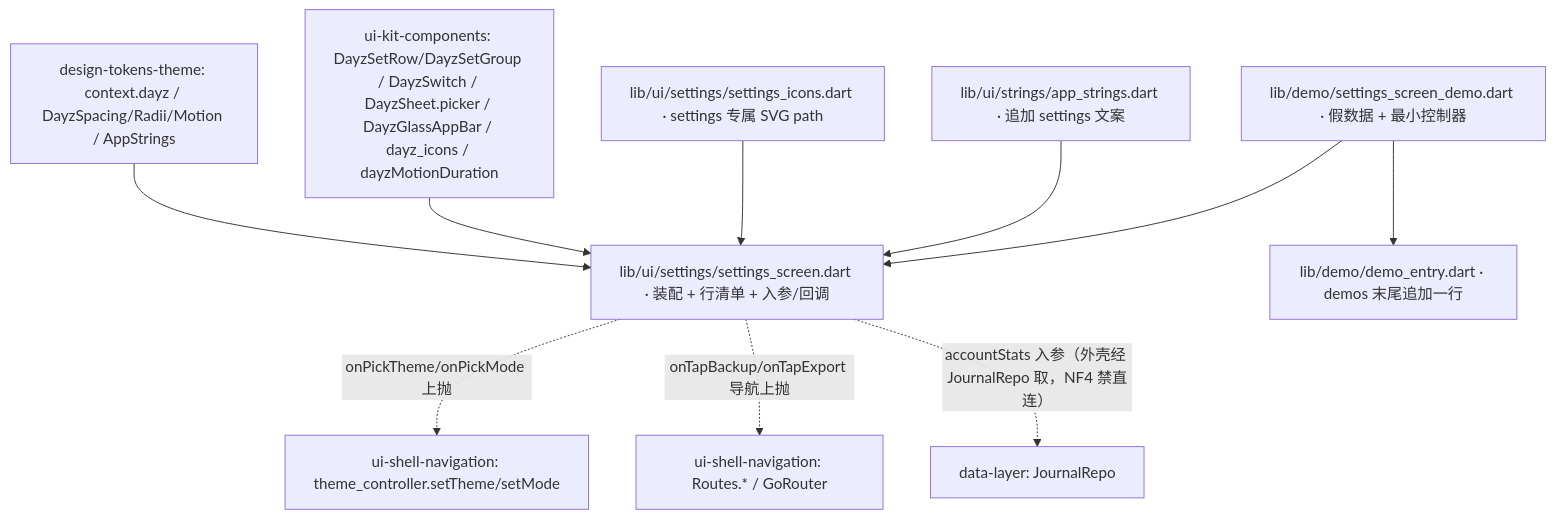
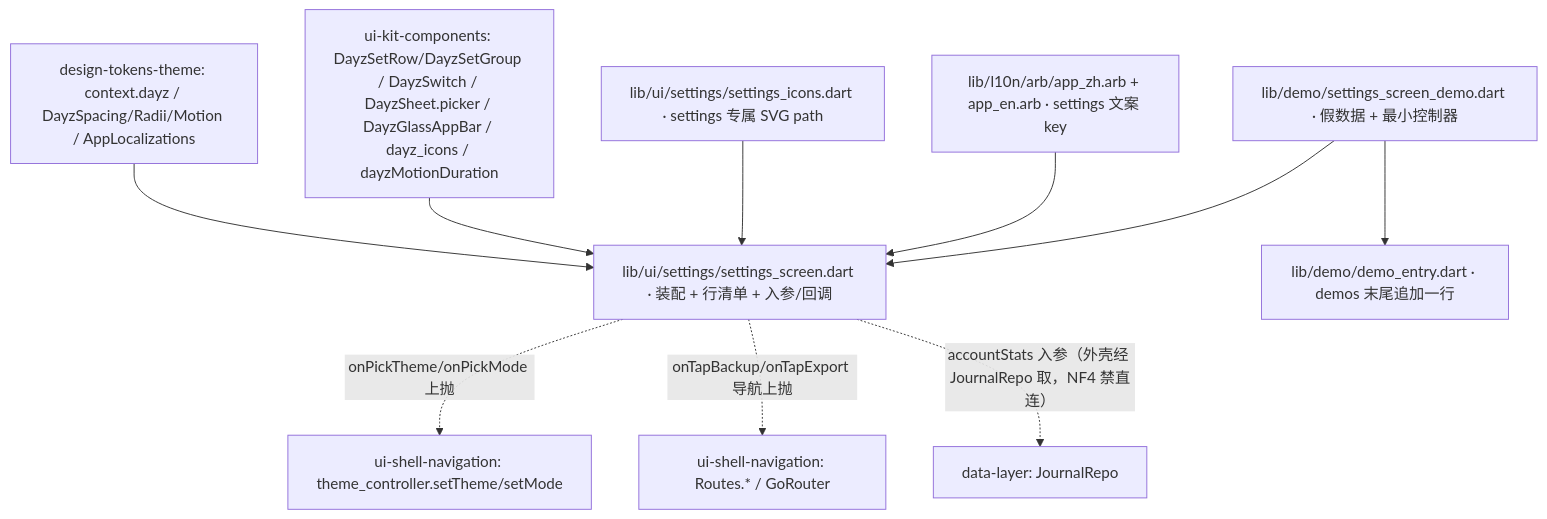
Before and after one commit to cr1992/DayZ: the diagram in specs/active/settings-screen/design.md, drawn with Mermaid. The commit also changed other lines of this file and 104 other files, not shown here.

````diff
--- a/specs/active/settings-screen/design.md
+++ b/specs/active/settings-screen/design.md
@@ -71,13 +71,13 @@
 ```mermaid
 graph TD
-  TOK[design-tokens-theme: context.dayz / DayzSpacing/Radii/Motion / AppStrings] --> SS
+  TOK[design-tokens-theme: context.dayz / DayzSpacing/Radii/Motion / AppLocalizations] --> SS
   KIT[ui-kit-components: DayzSetRow/DayzSetGroup / DayzSwitch / DayzSheet.picker / DayzGlassAppBar / dayz_icons / dayzMotionDuration] --> SS
   SS[lib/ui/settings/settings_screen.dart · 装配 + 行清单 + 入参/回调]
   ICO[lib/ui/settings/settings_icons.dart · settings 专属 SVG path] --> SS
-  STR[lib/ui/strings/app_strings.dart · 追加 settings 文案] --> SS
+  STR[lib/l10n/arb/app_zh.arb + app_en.arb · settings 文案 key] --> SS
   SS -. onPickTheme/onPickMode 上抛 .-> TC[ui-shell-navigation: theme_controller.setTheme/setMode]
   SS -. onTapBackup/onTapExport 导航上抛 .-> R[ui-shell-navigation: Routes.* / GoRouter]
   SS -. accountStats 入参（外壳经 JournalRepo 取，NF4 禁直连）.-> REPO[data-layer: JournalRepo]
   DEMO[lib/demo/settings_screen_demo.dart · 假数据 + 最小控制器] --> SS
   DEMO --> DH[lib/demo/demo_entry.dart · demos 末尾追加一行]
 ```
````
